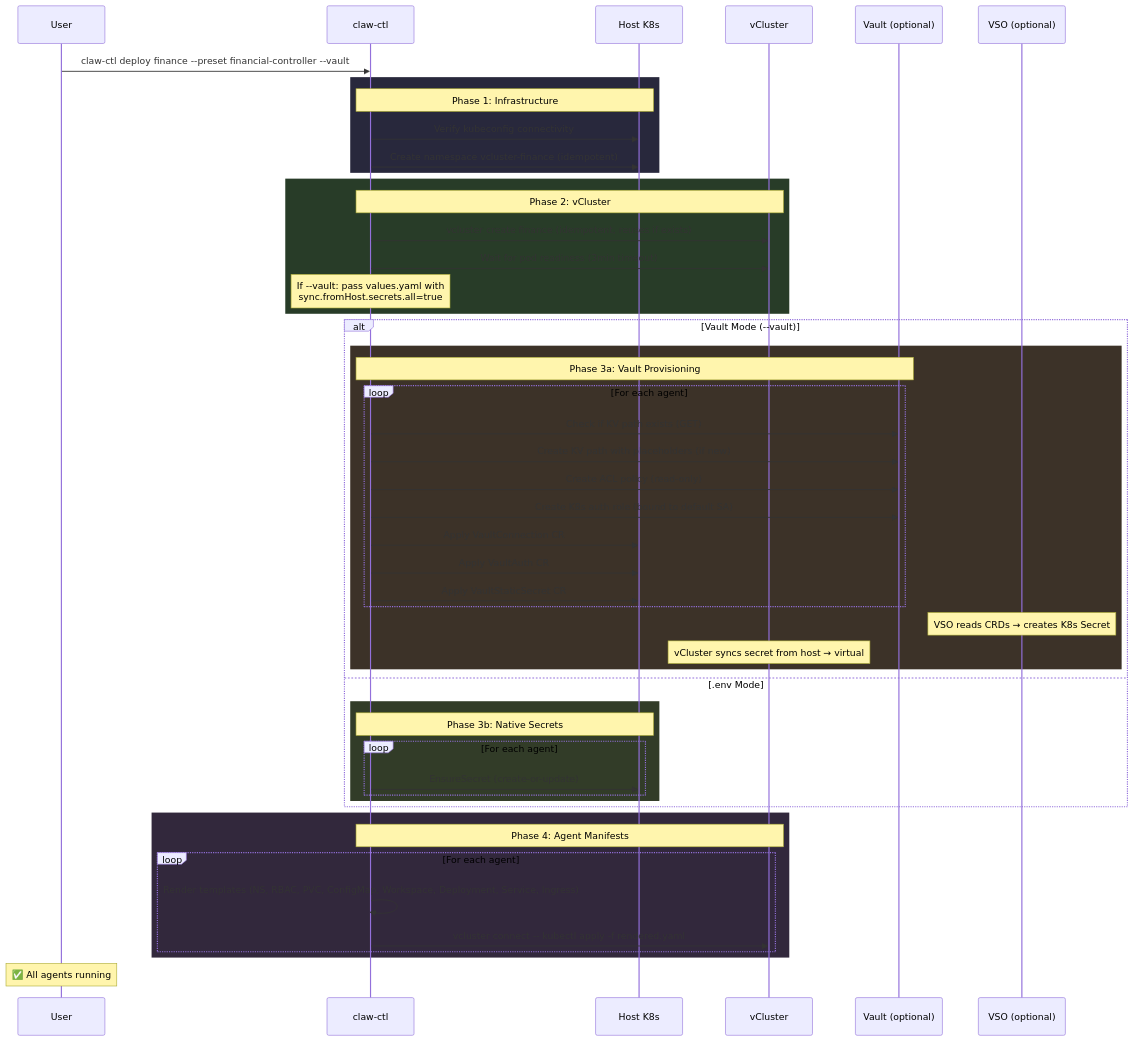
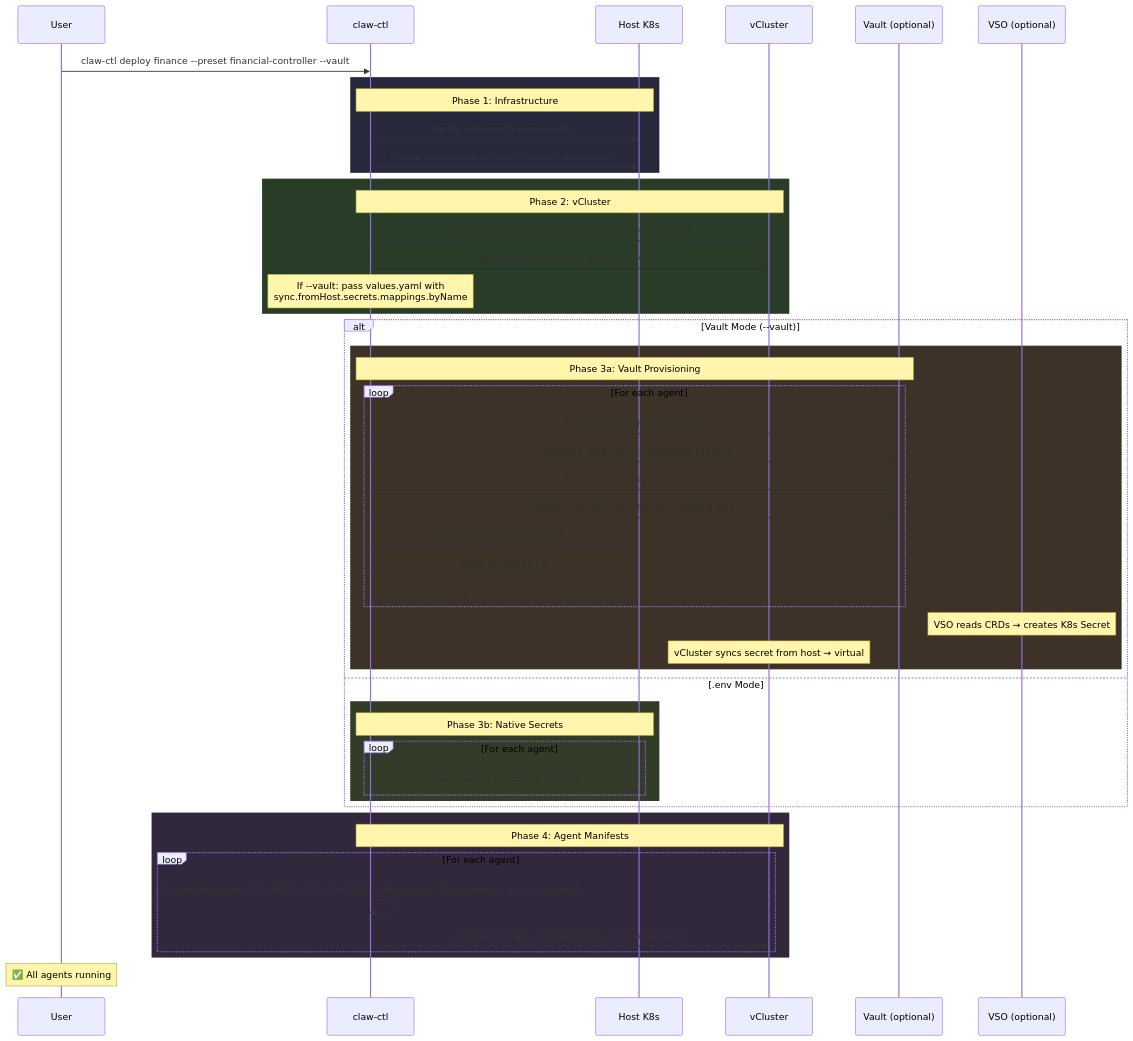
One commit to ai-agent-ship-it/claw-ctl changed the second of 2 diagrams in docs/DESIGN.md. Above: the diagram before and after it, drawn with Mermaid. The commit also changed other lines of this file and 1 other file, not shown here.

````diff
--- a/docs/DESIGN.md
+++ b/docs/DESIGN.md
@@ -101,58 +112,58 @@
 ```mermaid
 sequenceDiagram
     participant User
     participant CLI as claw-ctl
     participant K8s as Host K8s
     participant VC as vCluster
     participant Vault as Vault (optional)
     participant VSO as VSO (optional)
 
     User->>CLI: claw-ctl deploy finance --preset financial-controller --vault
 
     rect rgb(40, 40, 60)
     Note over CLI,K8s: Phase 1: Infrastructure
     CLI->>K8s: Verify kubeconfig connectivity
     CLI->>K8s: Create namespace vcluster-finance (idempotent)
     end
 
     rect rgb(40, 60, 40)
     Note over CLI,VC: Phase 2: vCluster
     CLI->>VC: vcluster create finance (idempotent, reuses if exists)
     CLI->>VC: Wait for pod readiness (3min timeout)
-    Note over CLI: If --vault: pass values.yaml with<br/>sync.fromHost.secrets.all=true
+    Note over CLI: If --vault: pass values.yaml with<br/>sync.fromHost.secrets.mappings.byName
     end
 
     alt Vault Mode (--vault)
         rect rgb(60, 50, 40)
         Note over CLI,Vault: Phase 3a: Vault Provisioning
         loop For each agent
             CLI->>Vault: Check if KV path exists (GET)
             CLI->>Vault: Create KV path with placeholders (if new)
             CLI->>Vault: Create ACL policy (read-only)
             CLI->>Vault: Create K8s auth role (bound to default SA)
             CLI->>K8s: Apply VaultConnection CR
             CLI->>K8s: Apply VaultAuth CR
             CLI->>K8s: Apply VaultStaticSecret CR
         end
         Note over VSO: VSO reads CRDs → creates K8s Secret
         Note over VC: vCluster syncs secret from host → virtual
         end
     else .env Mode
         rect rgb(50, 60, 40)
         Note over CLI,K8s: Phase 3b: Native Secrets
         loop For each agent
             CLI->>K8s: EnsureSecret (create-or-update)
         end
         end
     end
 
     rect rgb(50, 40, 60)
     Note over CLI,VC: Phase 4: Agent Manifests
     loop For each agent
         CLI->>CLI: Render templates (NS, RBAC, PVC, ConfigMap, Workspace, Deployment, Service, Ingress)
         CLI->>VC: vcluster connect -- kubectl apply -f rendered.yaml
     end
     end
 
     Note over User: ✅ All agents running
 ```
````
